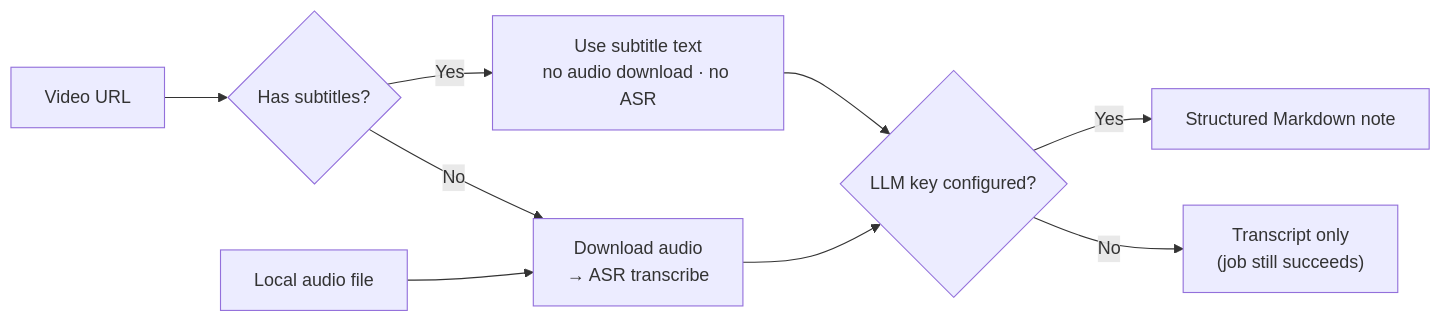
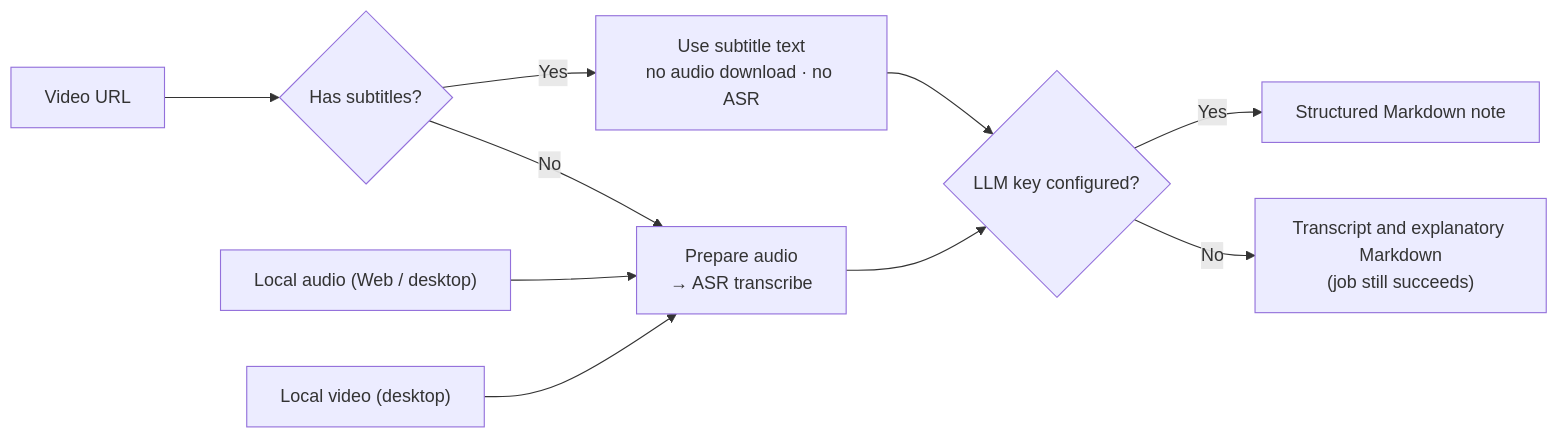
One commit to soloworktop/vts changed the diagram in README.en.md. Above: the diagram before and after it, drawn with Mermaid. The commit also changed other lines of this file and 6 other files, not shown here.

````diff
--- a/README.en.md
+++ b/README.en.md
@@ -69,11 +69,12 @@
 ```mermaid
 flowchart LR
     A["Video URL"] --> B{"Has subtitles?"}
     B -- "Yes" --> C["Use subtitle text<br/>no audio download · no ASR"]
-    B -- "No" --> D["Download audio<br/>→ ASR transcribe"]
-    L["Local audio file"] --> D
+    B -- "No" --> D["Prepare audio<br/>→ ASR transcribe"]
+    L["Local audio (Web / desktop)"] --> D
+    V["Local video (desktop)"] --> D
     C --> E{"LLM key configured?"}
     D --> E
     E -- "Yes" --> F["Structured Markdown note"]
-    E -- "No" --> G["Transcript only<br/>(job still succeeds)"]
+    E -- "No" --> G["Transcript and explanatory Markdown<br/>(job still succeeds)"]
 ```
````
